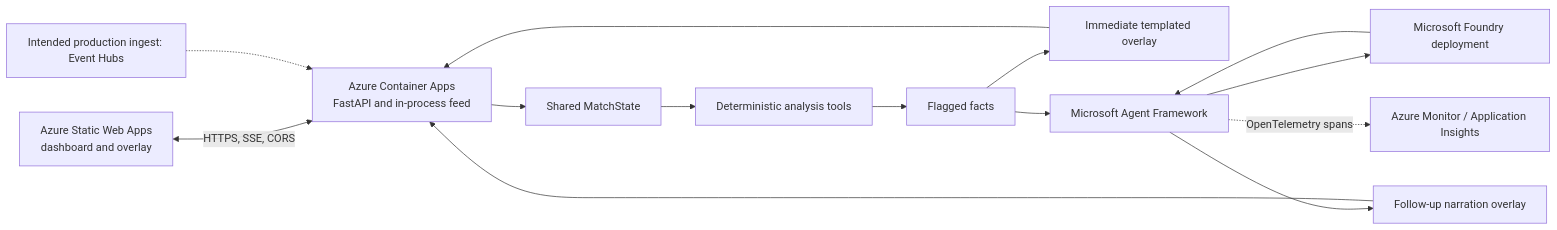
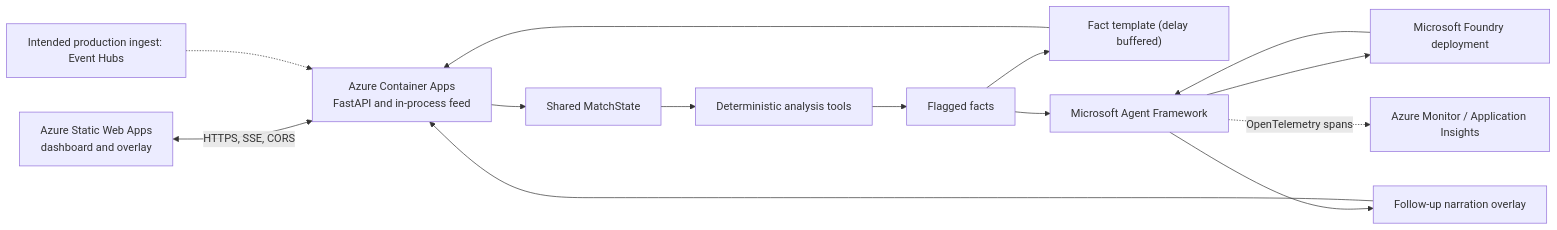
Before and after one commit to tomdave01/Overseer: the diagram in README.md, drawn with Mermaid. The commit also changed other lines of this file and 16 other files, not shown here.

First line of the commit message:
feat: Enhance overlay management and introduce delay buffer

````diff
--- a/README.md
+++ b/README.md
@@ -7,20 +7,20 @@
 ```mermaid
 flowchart LR
     Browser["Azure Static Web Apps<br/>dashboard and overlay"]
     API["Azure Container Apps<br/>FastAPI and in-process feed"]
     State["Shared MatchState"]
     Engine["Deterministic analysis tools"]
     Facts["Flagged facts"]
-    Fast["Immediate templated overlay"]
+    Fast["Fact template (delay buffered)"]
     Framework["Microsoft Agent Framework"]
     Foundry["Microsoft Foundry deployment"]
     Narration["Follow-up narration overlay"]
     Monitor["Azure Monitor / Application Insights"]
     Browser <-->|"HTTPS, SSE, CORS"| API
     API --> State --> Engine --> Facts
     Facts --> Fast --> API
     Facts --> Framework --> Foundry
     Foundry --> Framework --> Narration --> API
     Framework -. "OpenTelemetry spans" .-> Monitor
     Future["Intended production ingest: Event Hubs"] -.-> API
 ```
````
